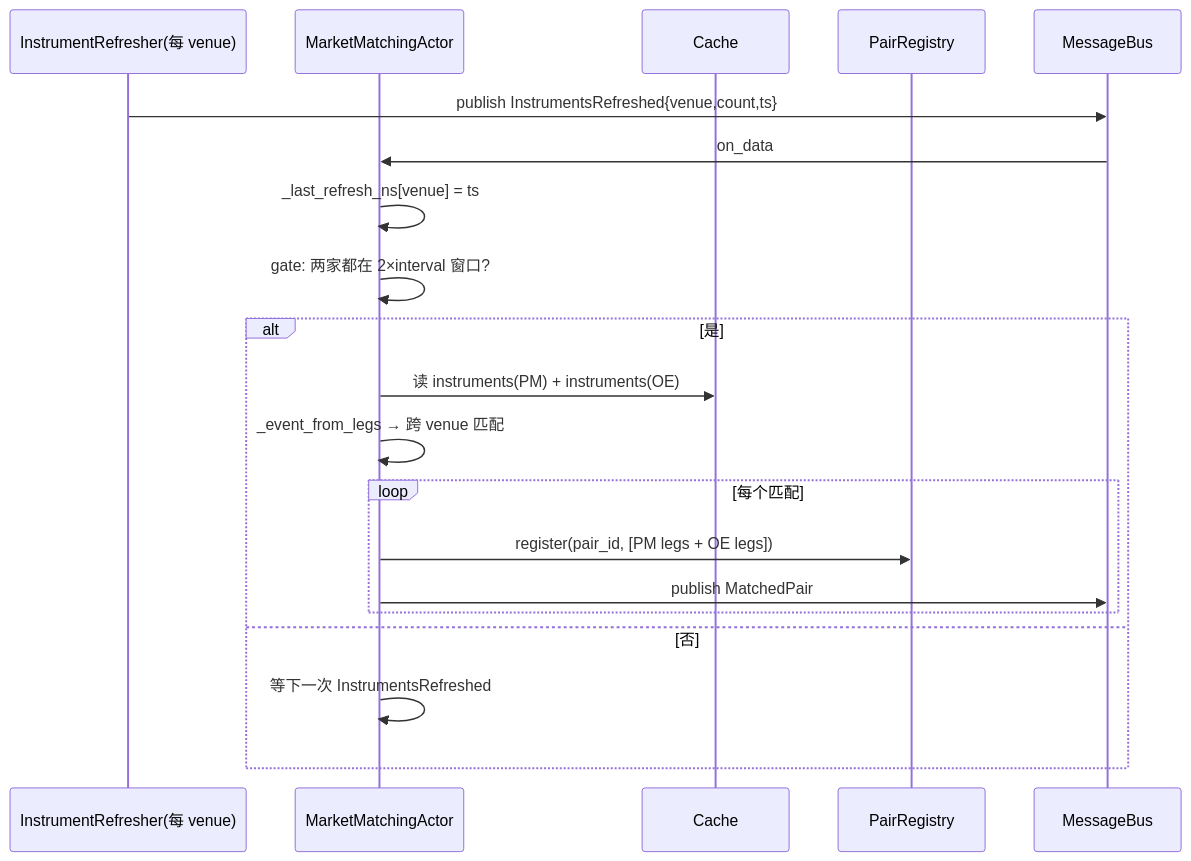
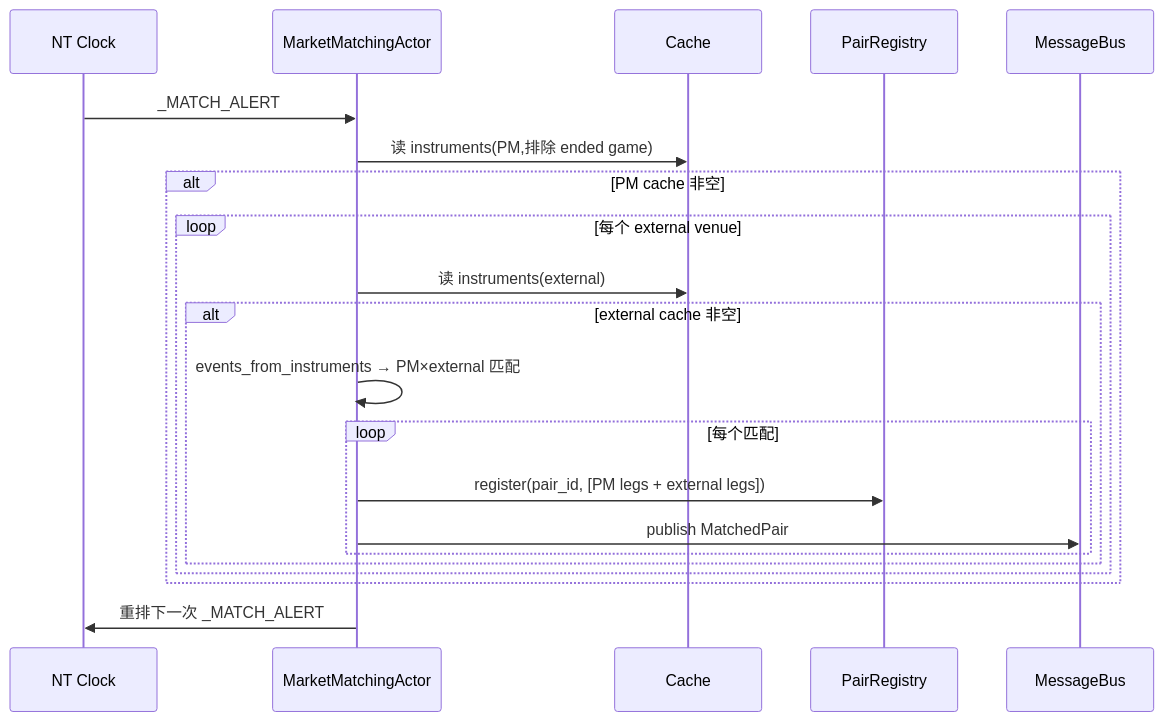
The second of 2 diagrams in docs/arbitrage/architectures/matching/architecture.md (psnewer/nautilus_trader), drawn with Mermaid before and after one commit. The commit also changed other lines of this file and 75 other files, not shown here.

````diff
--- a/docs/arbitrage/architectures/matching/architecture.md
+++ b/docs/arbitrage/architectures/matching/architecture.md
@@ -184,23 +188,24 @@
 ```mermaid
 sequenceDiagram
-  participant RF as InstrumentRefresher(每 venue)
+  participant CLK as NT Clock
   participant MA as MarketMatchingActor
   participant CA as Cache
   participant PR as PairRegistry
   participant MB as MessageBus
 
-  RF->>MB: publish InstrumentsRefreshed{venue,count,ts}
-  MB->>MA: on_data
-  MA->>MA: _last_refresh_ns[venue] = ts
-  MA->>MA: gate: 两家都在 2×interval 窗口?
-  alt 是
-    MA->>CA: 读 instruments(PM) + instruments(OE)
-    MA->>MA: _event_from_legs → 跨 venue 匹配
-    loop 每个匹配
-      MA->>PR: register(pair_id, [PM legs + OE legs])
-      MA->>MB: publish MatchedPair
+  CLK->>MA: _MATCH_ALERT
+  MA->>CA: 读 instruments(PM,排除 ended game)
+  alt PM cache 非空
+    loop 每个 external venue
+      MA->>CA: 读 instruments(external)
+      alt external cache 非空
+        MA->>MA: events_from_instruments → PM×external 匹配
+        loop 每个匹配
+          MA->>PR: register(pair_id, [PM legs + external legs])
+          MA->>MB: publish MatchedPair
+        end
+      end
     end
-  else 否
-    MA->>MA: 等下一次 InstrumentsRefreshed
   end
+  MA->>CLK: 重排下一次 _MATCH_ALERT
 ```
````
